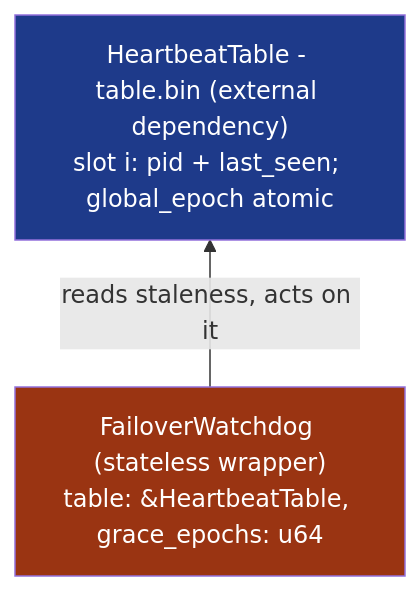
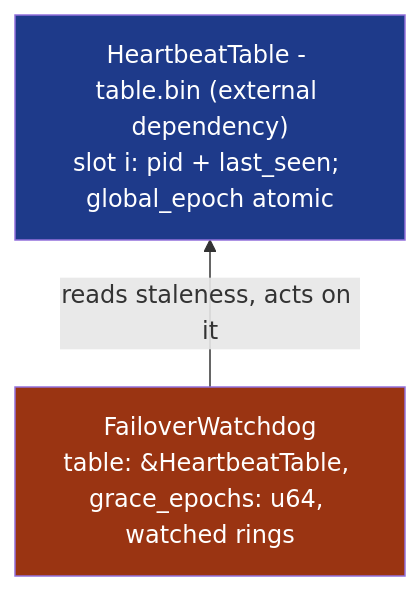
The diagram in wiki/content/docs/reference/subetha-cxc/coordination-types/failover.md (Variably-Constant/SubEtha), drawn with Mermaid before and after one commit. The commit also changed other lines of this file and 471 other files, not shown here.

````diff
--- a/wiki/content/docs/reference/subetha-cxc/coordination-types/failover.md
+++ b/wiki/content/docs/reference/subetha-cxc/coordination-types/failover.md
@@ -70,10 +82,10 @@
 ```mermaid
 flowchart BT
-    W["FailoverWatchdog (stateless wrapper)<br/>table: &amp;HeartbeatTable, grace_epochs: u64"]
+    W["FailoverWatchdog<br/>table: &amp;HeartbeatTable, grace_epochs: u64, watched rings"]
     T["HeartbeatTable - table.bin (external dependency)<br/>slot i: pid + last_seen; global_epoch atomic"]
     W -- reads staleness, acts on it --> T
     classDef wdC fill:#9a3412,color:#ffffff
     classDef tblC fill:#1e3a8a,color:#ffffff
     class W wdC
     class T tblC
 ```
````
